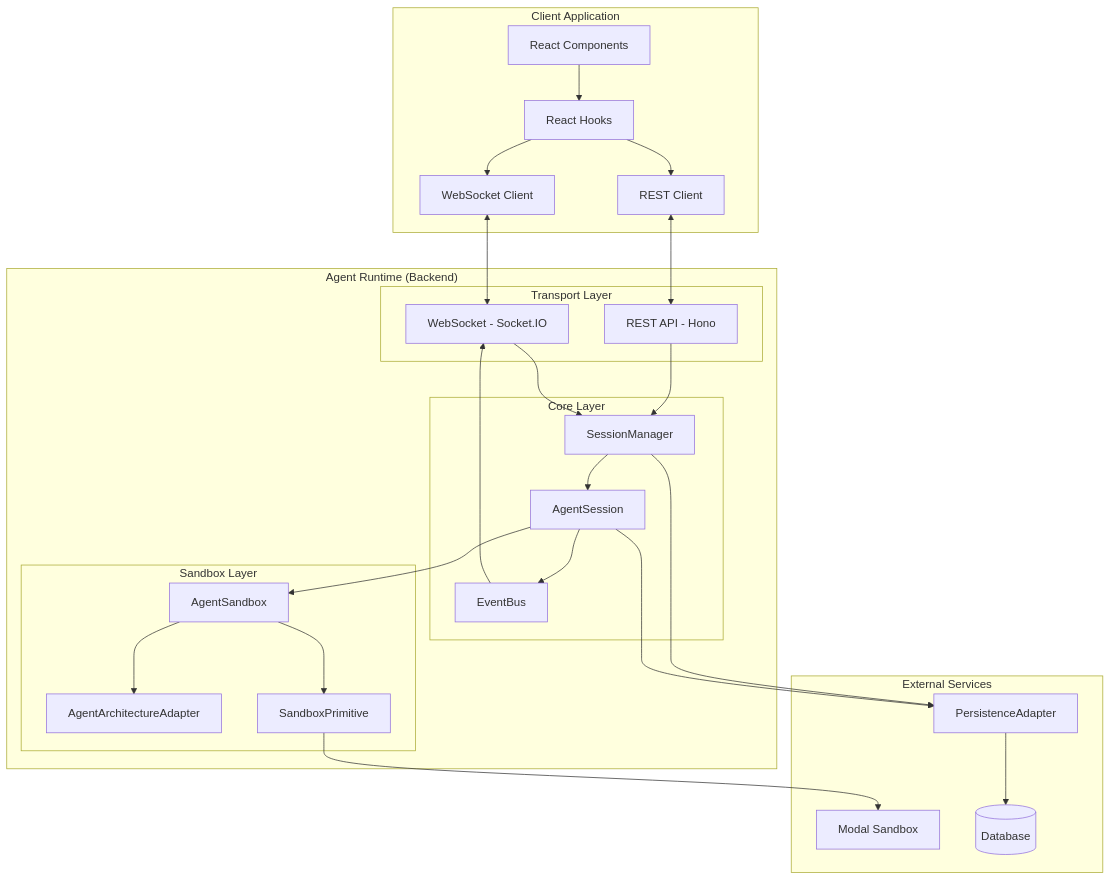
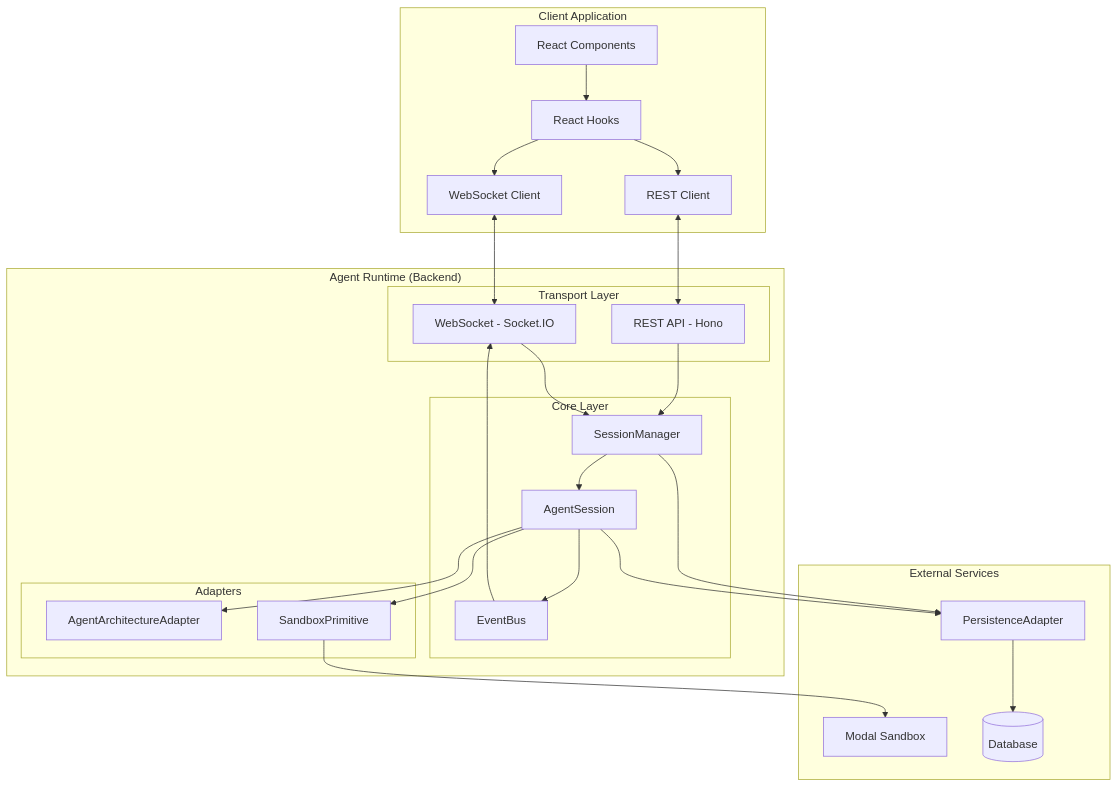
One commit to hhopkins95/agent-runtime changed the first of 12 diagrams in docs/architecture.md. Above: the diagram before and after it, drawn with Mermaid. The commit also changed other lines of this file and 5 other files, not shown here.

First line of the commit message:
refactor(agent-session): streamline sandbox management and enhance file handling

````diff
--- a/docs/architecture.md
+++ b/docs/architecture.md
@@ -9,55 +9,53 @@
 ```mermaid
 graph TB
     subgraph Client["Client Application"]
         RC[React Components]
         RH[React Hooks]
         WS_C[WebSocket Client]
         REST_C[REST Client]
     end
 
     subgraph Runtime["Agent Runtime (Backend)"]
         subgraph Transport["Transport Layer"]
             REST[REST API - Hono]
             WS[WebSocket - Socket.IO]
         end
 
         subgraph Core["Core Layer"]
             SM[SessionManager]
             AS[AgentSession]
             EB[EventBus]
         end
 
-        subgraph Sandbox["Sandbox Layer"]
-            AGS[AgentSandbox]
+        subgraph Adapters["Adapters"]
             AAA[AgentArchitectureAdapter]
             SP[SandboxPrimitive]
         end
     end
 
     subgraph External["External Services"]
         MODAL[Modal Sandbox]
         PA[PersistenceAdapter]
         DB[(Database)]
     end
 
     RC --> RH
     RH --> WS_C
     RH --> REST_C
     WS_C <--> WS
     REST_C <--> REST
 
     REST --> SM
     WS --> SM
     SM --> AS
     AS --> EB
     EB --> WS
 
-    AS --> AGS
-    AGS --> AAA
-    AGS --> SP
+    AS --> AAA
+    AS --> SP
     SP --> MODAL
 
     SM --> PA
     AS --> PA
     PA --> DB
 ```
````
